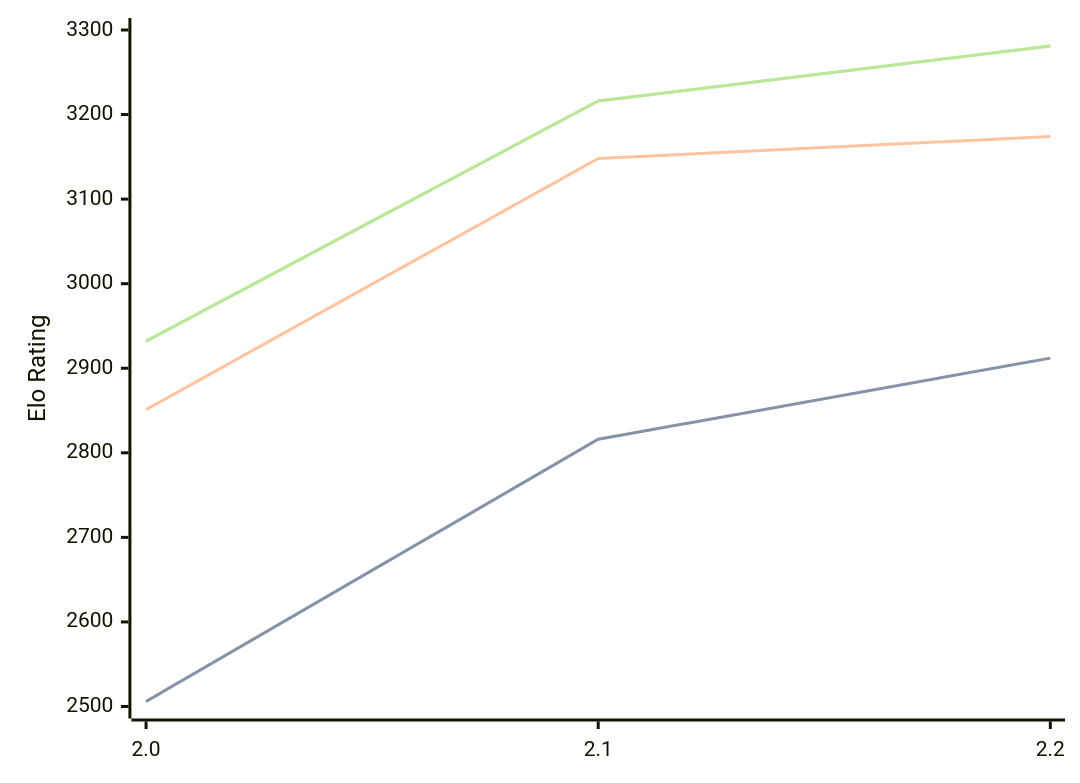
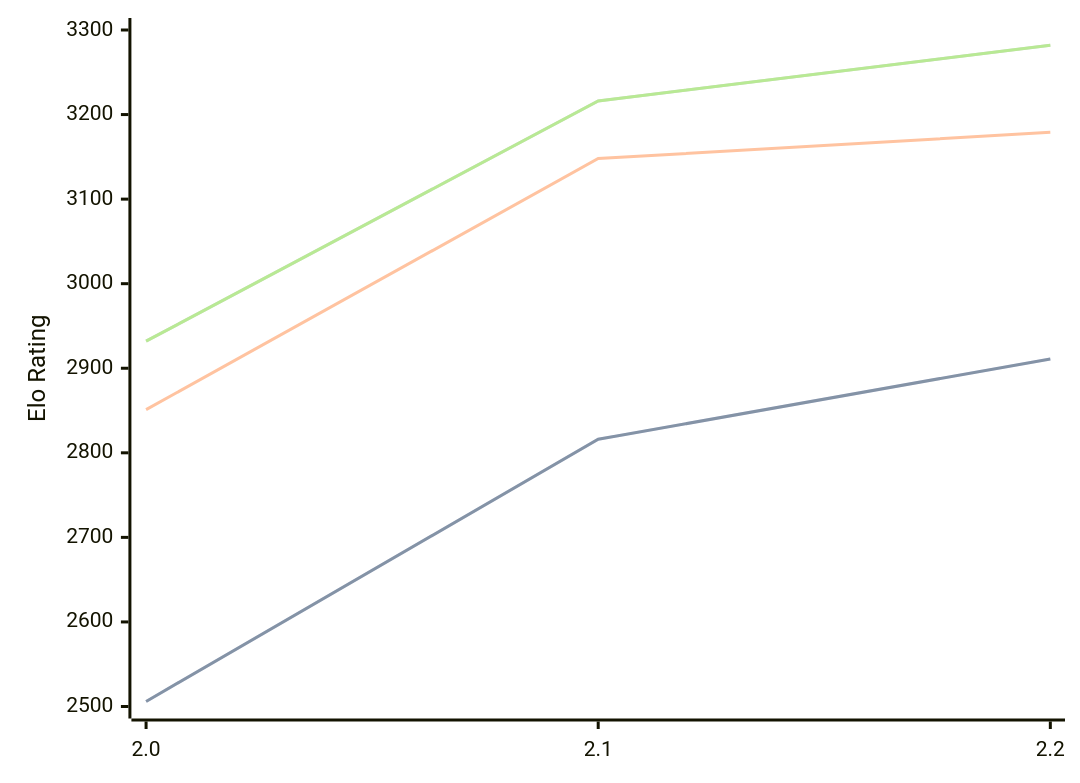
One commit to computer-chess-index/cci changed the diagram in engines/Tunguska.md. Above: the diagram before and after it, drawn with Mermaid. The commit also changed other lines of this file, not shown here.

Commit message:
Update CCI Ratings (ELO VLTC) - 2026-09-18

````diff
--- a/engines/Tunguska.md
+++ b/engines/Tunguska.md
@@ -33,11 +33,11 @@
 ```mermaid
 %%{init: {"theme":"base","themeVariables":{"seriesColors:['#a3a3a3','#222221','#faa371']}}}%%
 xychart-beta
   x-axis ["2.0", "2.1", "2.2"]
   y-axis "Elo Rating" 2500 --> 3300
-  line "" [2506, 2816, 2912]
-  line "STC (8.0+0.08s)" [2506, 2816, 2912]
-  line "LTC (60.0+0.60s)" [2851, 3148, 3174]
-  line "" [2932, 3216, 3281]
-  line "VLTC (2m24s+1.12s)" [2932, 3216, 3281]
+  line "" [2506, 2816, 2911]
+  line "STC (8.0+0.08s)" [2506, 2816, 2911]
+  line "LTC (60.0+0.60s)" [2851, 3148, 3179]
+  line "" [2932, 3216, 3282]
+  line "VLTC (2m24s+1.12s)" [2932, 3216, 3282]
 ```
````
